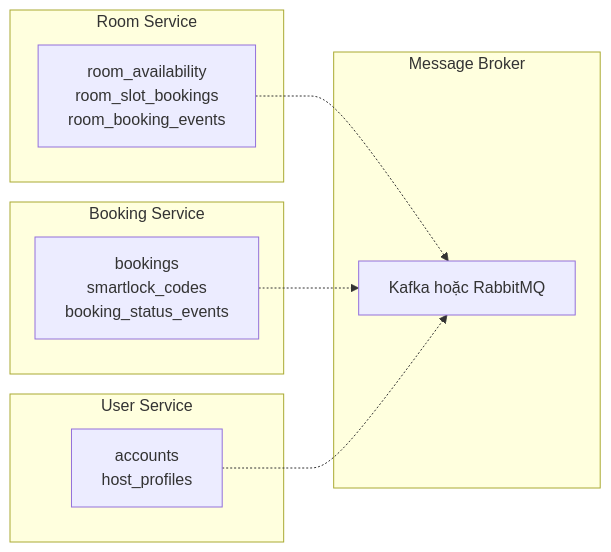
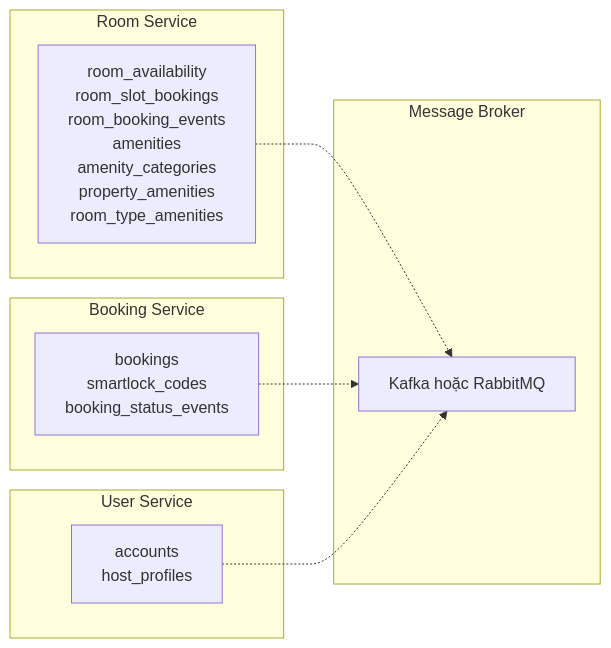
Diagram 34 of 60 in Mermaid.md (PhamVietHoangFPT/databaseHomi), drawn with Mermaid before and after one commit. The commit also changed other lines of this file and 5 other files, not shown here.

````diff
--- a/Mermaid.md
+++ b/Mermaid.md
@@ -1256,19 +1321,19 @@
 ```mermaid
 flowchart LR
     subgraph S1[Room Service]
-        D1[room_availability<br/>room_slot_bookings<br/>room_booking_events]
+        D1[room_availability<br/>room_slot_bookings<br/>room_booking_events<br/>amenities<br/>amenity_categories<br/>property_amenities<br/>room_type_amenities]
     end
     subgraph S2[Booking Service]
         D2[bookings<br/>smartlock_codes<br/>booking_status_events]
     end
     subgraph S3[User Service]
         D3[accounts<br/>host_profiles]
     end
     subgraph B[Message Broker]
         MB[Kafka hoặc RabbitMQ]
     end
 
     D1 -.-> MB
     D2 -.-> MB
     D3 -.-> MB
 ```
````
